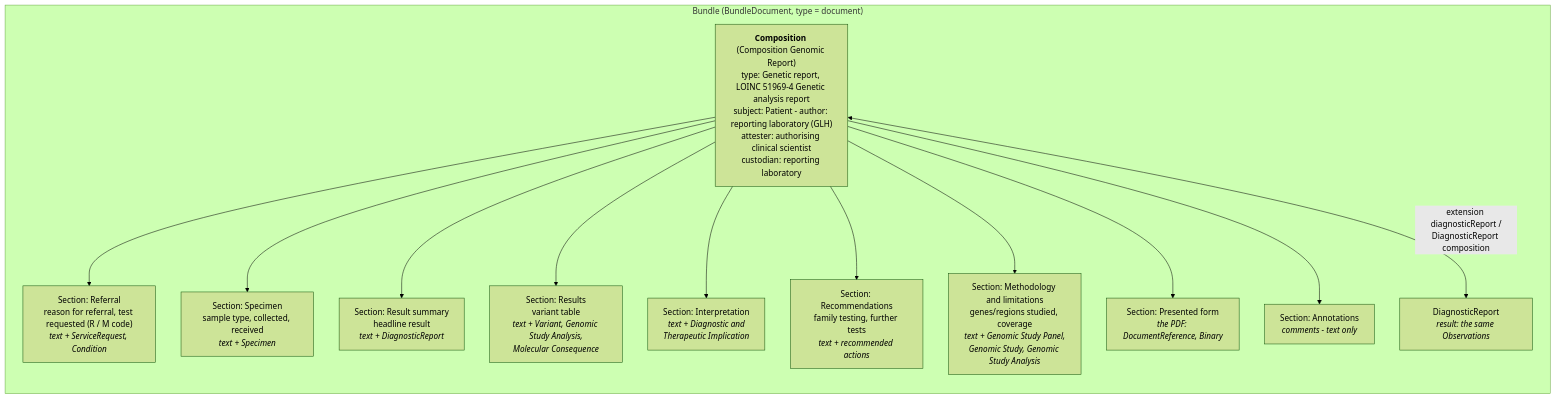
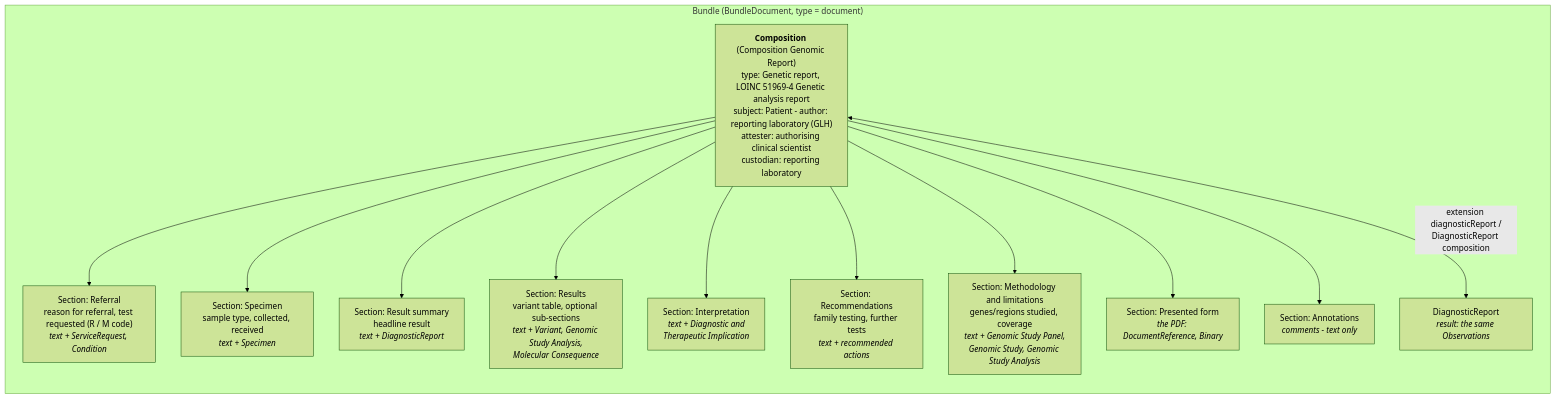
One commit to nw-gmsa/nw-gmsa.github.com changed the first of 3 diagrams in input/pagecontent/StructureDefinition-Composition-GenomicReport-intro.md. Above: the diagram before and after it, drawn with Mermaid (forest theme). The commit also changed other lines of this file and 1 other file, not shown here.

First line of the commit message:
Add Results sub-sections to Composition-GenomicReport

````diff
--- a/input/pagecontent/StructureDefinition-Composition-GenomicReport-intro.md
+++ b/input/pagecontent/StructureDefinition-Composition-GenomicReport-intro.md
@@ -46,29 +46,29 @@
 ```mermaid
 flowchart TB
     subgraph BUNDLE["Bundle (BundleDocument, type = document)"]
         direction TB
         COMP["<b>Composition</b> (Composition Genomic Report)<br/>type: Genetic report, LOINC 51969-4 Genetic analysis report<br/>subject: Patient - author: reporting laboratory (GLH)<br/>attester: authorising clinical scientist<br/>custodian: reporting laboratory"]
 
         S1["Section: Referral<br/>reason for referral, test requested (R / M code)<br/><i>text + ServiceRequest, Condition</i>"]
         S2["Section: Specimen<br/>sample type, collected, received<br/><i>text + Specimen</i>"]
         S3["Section: Result summary<br/>headline result<br/><i>text + DiagnosticReport</i>"]
-        S4["Section: Results<br/>variant table<br/><i>text + Variant, Genomic Study Analysis,<br/>Molecular Consequence</i>"]
+        S4["Section: Results<br/>variant table, optional sub-sections<br/><i>text + Variant, Genomic Study Analysis,<br/>Molecular Consequence</i>"]
         S5["Section: Interpretation<br/><i>text + Diagnostic and<br/>Therapeutic Implication</i>"]
         S6["Section: Recommendations<br/>family testing, further tests<br/><i>text + recommended actions</i>"]
         S7["Section: Methodology and limitations<br/>genes/regions studied, coverage<br/><i>text + Genomic Study Panel,<br/>Genomic Study, Genomic Study Analysis</i>"]
         S8["Section: Presented form<br/><i>the PDF: DocumentReference, Binary</i>"]
         S9["Section: Annotations<br/><i>comments - text only</i>"]
         DR["DiagnosticReport<br/><i>result: the same Observations</i>"]
     end
 
     COMP --> S1
     COMP --> S2
     COMP --> S3
     COMP --> S4
     COMP --> S5
     COMP --> S6
     COMP --> S7
     COMP --> S8
     COMP --> S9
     COMP <-->|"extension diagnosticReport /<br/>DiagnosticReport composition"| DR
 ```
````
